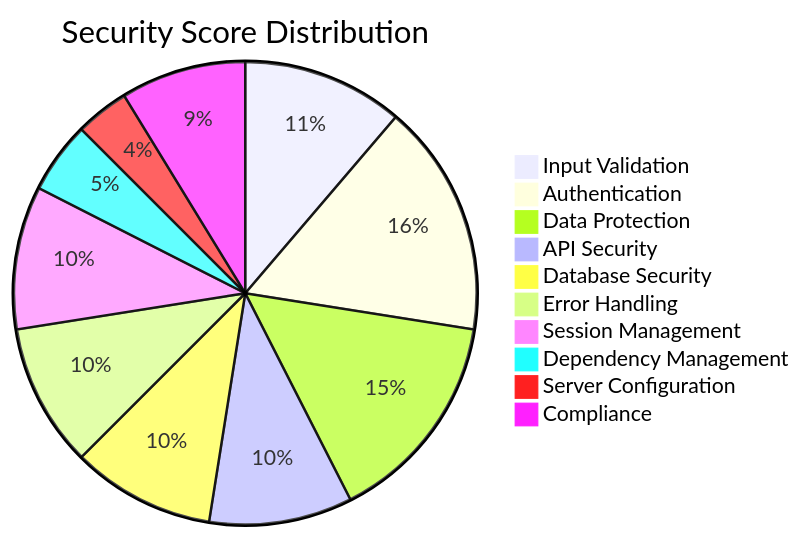
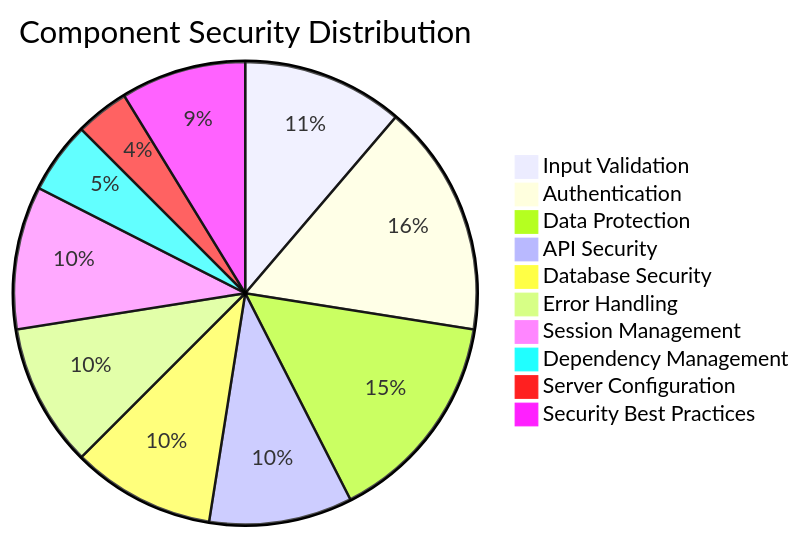
One commit to danbiocchi/oxidizedoasis-websands changed the second of 7 diagrams in docs/Security_Audit.md. Above: the diagram before and after it, drawn with Mermaid. The commit also changed other lines of this file, not shown here.

````diff
--- a/docs/Security_Audit.md
+++ b/docs/Security_Audit.md
@@ -33,13 +33,13 @@
 ```mermaid
-pie title Security Score Distribution
+pie title Component Security Distribution
     "Input Validation" : 9
     "Authentication" : 13
     "Data Protection" : 12
     "API Security" : 8
     "Database Security" : 8
     "Error Handling" : 8
     "Session Management" : 8
     "Dependency Management" : 4
     "Server Configuration" : 3
-    "Compliance" : 7
+    "Security Best Practices" : 7
 ```
````
